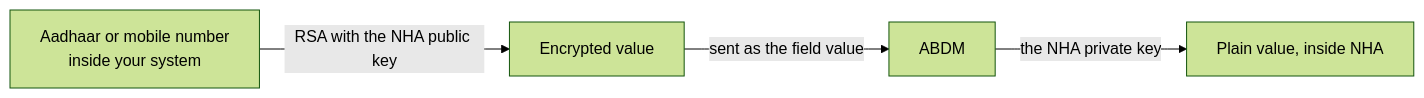
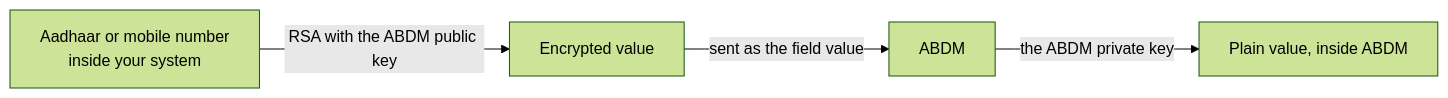
One commit to nha-in/docs changed the diagram in site/docs/hiecm/v3/concepts/encryption.md. Above: the diagram before and after it, drawn with Mermaid (forest theme). The commit also changed other lines of this file and 42 other files, not shown here.

````diff
--- a/site/docs/hiecm/v3/concepts/encryption.md
+++ b/site/docs/hiecm/v3/concepts/encryption.md
@@ -33,6 +33,6 @@
 ```mermaid
 graph LR
-  A["Aadhaar or mobile number<br/>inside your system"] -->|RSA with the NHA public key| B["Encrypted value"]
+  A["Aadhaar or mobile number<br/>inside your system"] -->|RSA with the ABDM public key| B["Encrypted value"]
   B -->|sent as the field value| C["ABDM"]
-  C -->|the NHA private key| D["Plain value, inside NHA"]
+  C -->|the ABDM private key| D["Plain value, inside ABDM"]
 ```
````
